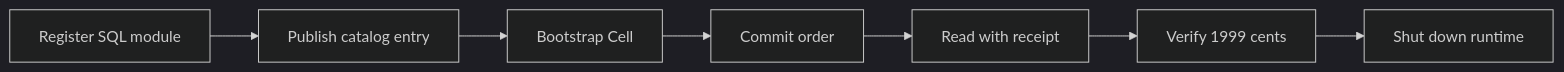
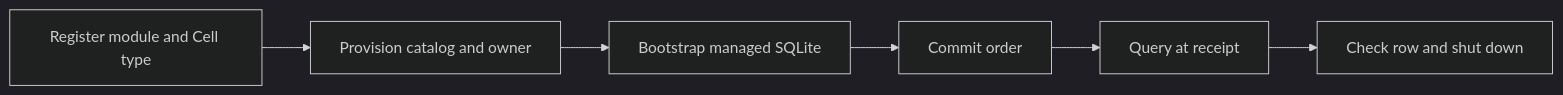
One commit to andypeng2015/cellule changed the diagram in docs/quickstart.md. Above: the diagram before and after it, drawn with Mermaid (dark theme). The commit also changed other lines of this file and 18 other files, not shown here.

````diff
--- a/docs/quickstart.md
+++ b/docs/quickstart.md
@@ -33,9 +62,8 @@
 ```mermaid
 flowchart LR
-    Register[Register SQL module] --> Provision[Publish catalog entry]
-    Provision --> Bootstrap[Bootstrap Cell]
+    Register[Register module and Cell type] --> Provision[Provision catalog and owner]
+    Provision --> Bootstrap[Bootstrap managed SQLite]
     Bootstrap --> Commit[Commit order]
-    Commit --> Read[Read with receipt]
-    Read --> Verify[Verify 1999 cents]
-    Verify --> Shutdown[Shut down runtime]
+    Commit --> Read[Query at receipt]
+    Read --> Verify[Check row and shut down]
 ```
````
